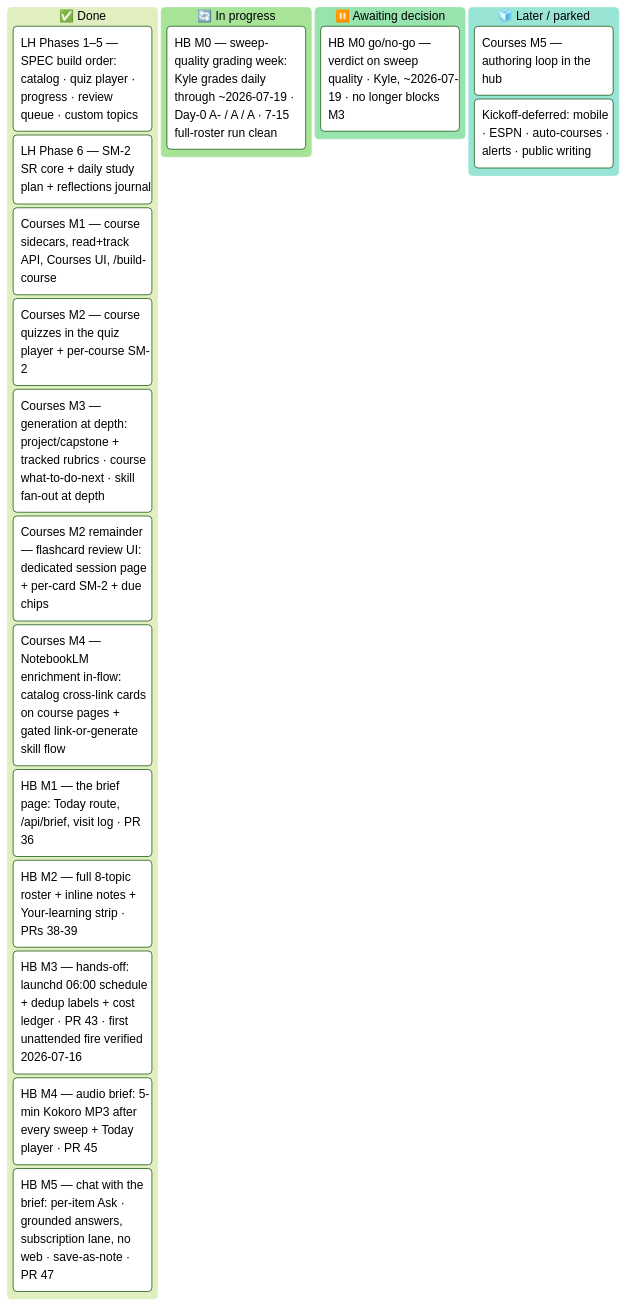
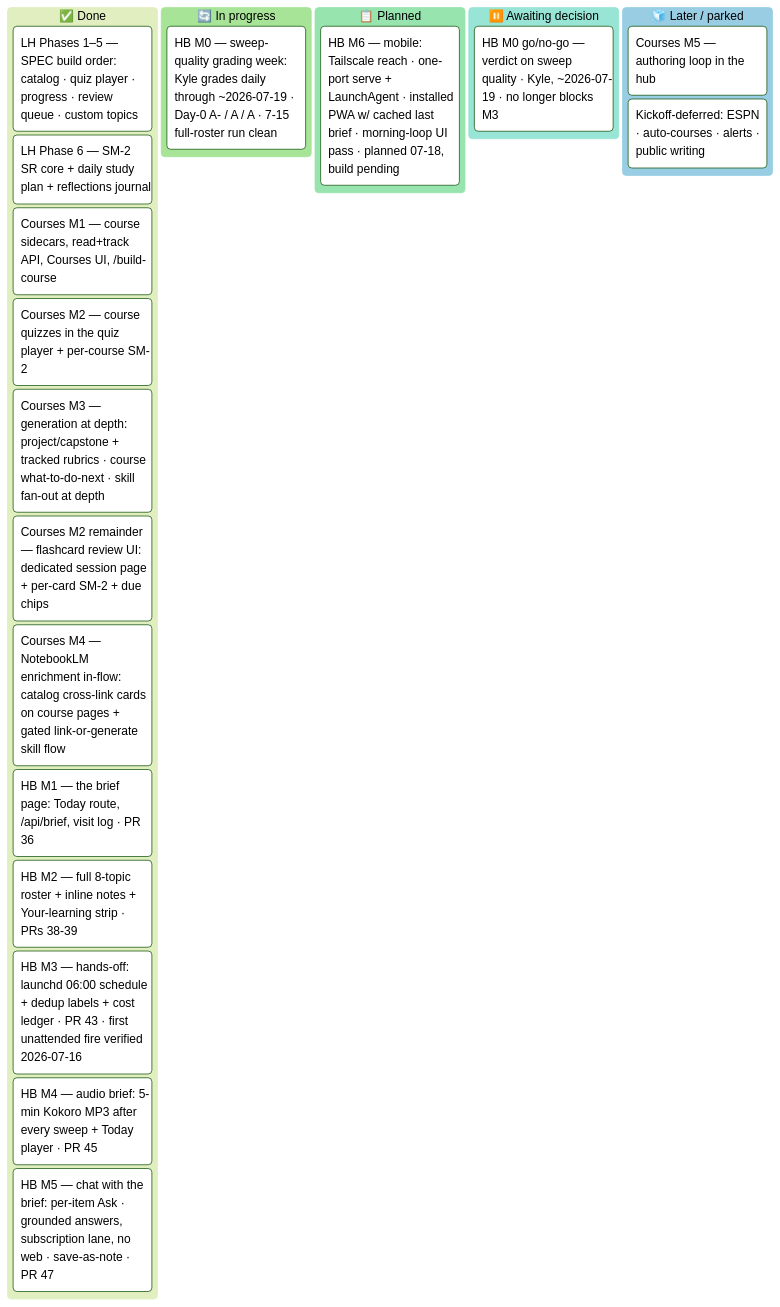
Before and after one commit to ksdisch/home-base: the diagram in docs/MASTER_PLAN.md, drawn with Mermaid (forest theme). The commit also changed other lines of this file and 3 other files, not shown here.

First line of the commit message:
docs: plan M6 — mobile (Tailscale reach · one-port serve + LaunchAgent · PWA w/ cached brief · morning-loop UI pass)

````diff
--- a/docs/MASTER_PLAN.md
+++ b/docs/MASTER_PLAN.md
@@ -39,23 +39,25 @@
 ```mermaid
 kanban
   done["✅ Done"]
     lh15["LH Phases 1–5 — SPEC build order: catalog · quiz player · progress · review queue · custom topics"]
     lh6["LH Phase 6 — SM-2 SR core + daily study plan + reflections journal"]
     lh7["Courses M1 — course sidecars, read+track API, Courses UI, /build-course"]
     lh7m2["Courses M2 — course quizzes in the quiz player + per-course SM-2"]
     lh7m3["Courses M3 — generation at depth: project/capstone + tracked rubrics · course what-to-do-next · skill fan-out at depth"]
     lh7fc["Courses M2 remainder — flashcard review UI: dedicated session page + per-card SM-2 + due chips"]
     lh7m4["Courses M4 — NotebookLM enrichment in-flow: catalog cross-link cards on course pages + gated link-or-generate skill flow"]
     hbm1["HB M1 — the brief page: Today route, /api/brief, visit log · PR 36"]
     hbm2["HB M2 — full 8-topic roster + inline notes + Your-learning strip · PRs 38-39"]
     hbm3["HB M3 — hands-off: launchd 06:00 schedule + dedup labels + cost ledger · PR 43 · first unattended fire verified 2026-07-16"]
     hbm4["HB M4 — audio brief: 5-min Kokoro MP3 after every sweep + Today player · PR 45"]
     hbm5["HB M5 — chat with the brief: per-item Ask · grounded answers, subscription lane, no web · save-as-note · PR 47"]
   doing["🔄 In progress"]
     hbm0["HB M0 — sweep-quality grading week: Kyle grades daily through ~2026-07-19 · Day-0 A- / A / A · 7-15 full-roster run clean"]
+  next["📋 Planned"]
+    hbm6["HB M6 — mobile: Tailscale reach · one-port serve + LaunchAgent · installed PWA w/ cached last brief · morning-loop UI pass · planned 07-18, build pending"]
   decide["⏸️ Awaiting decision"]
     hbm0verdict["HB M0 go/no-go — verdict on sweep quality · Kyle, ~2026-07-19 · no longer blocks M3"]
   later["🧊 Later / parked"]
     cm5["Courses M5 — authoring loop in the hub"]
-    defer["Kickoff-deferred: mobile · ESPN · auto-courses · alerts · public writing"]
+    defer["Kickoff-deferred: ESPN · auto-courses · alerts · public writing"]
 ```
````
